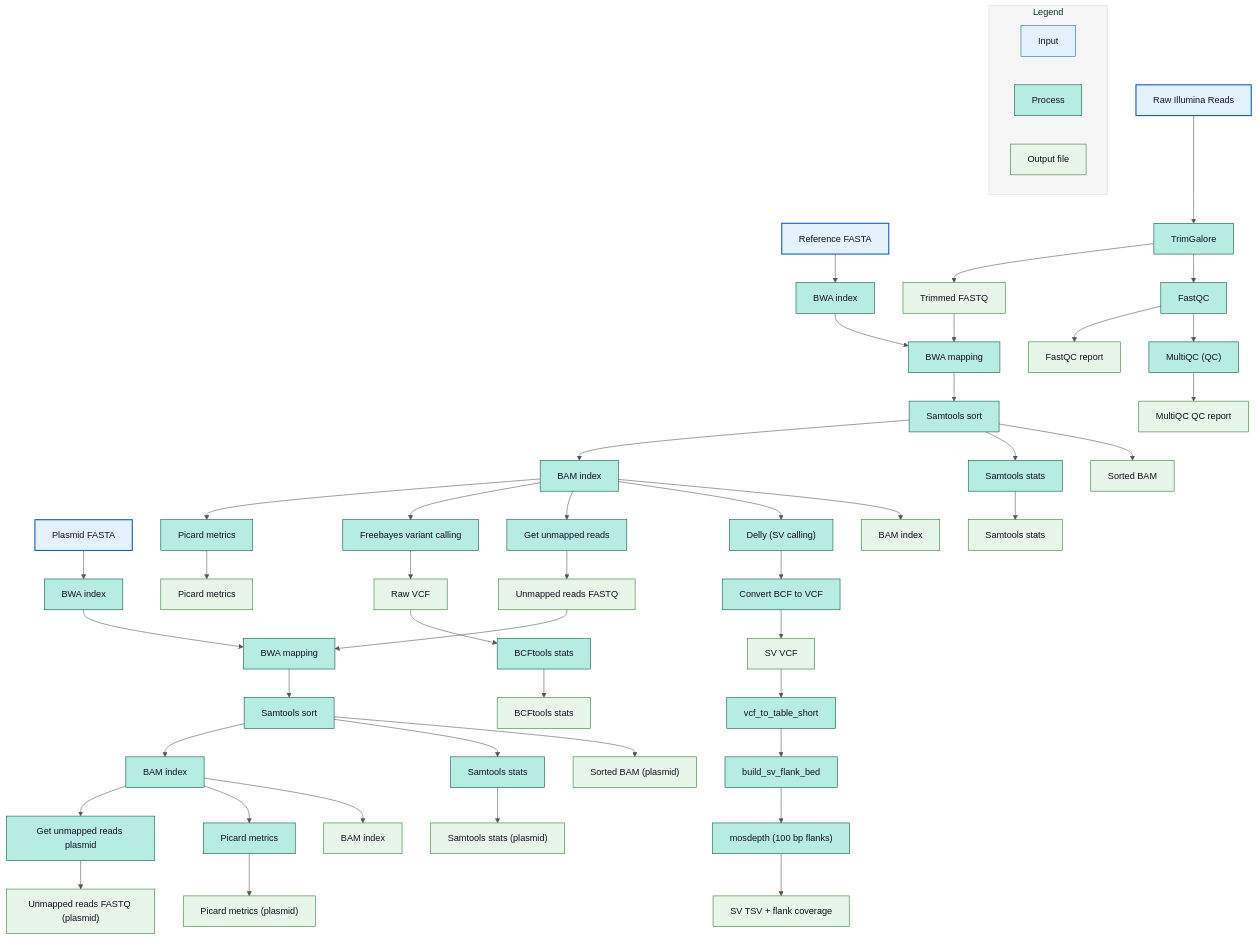
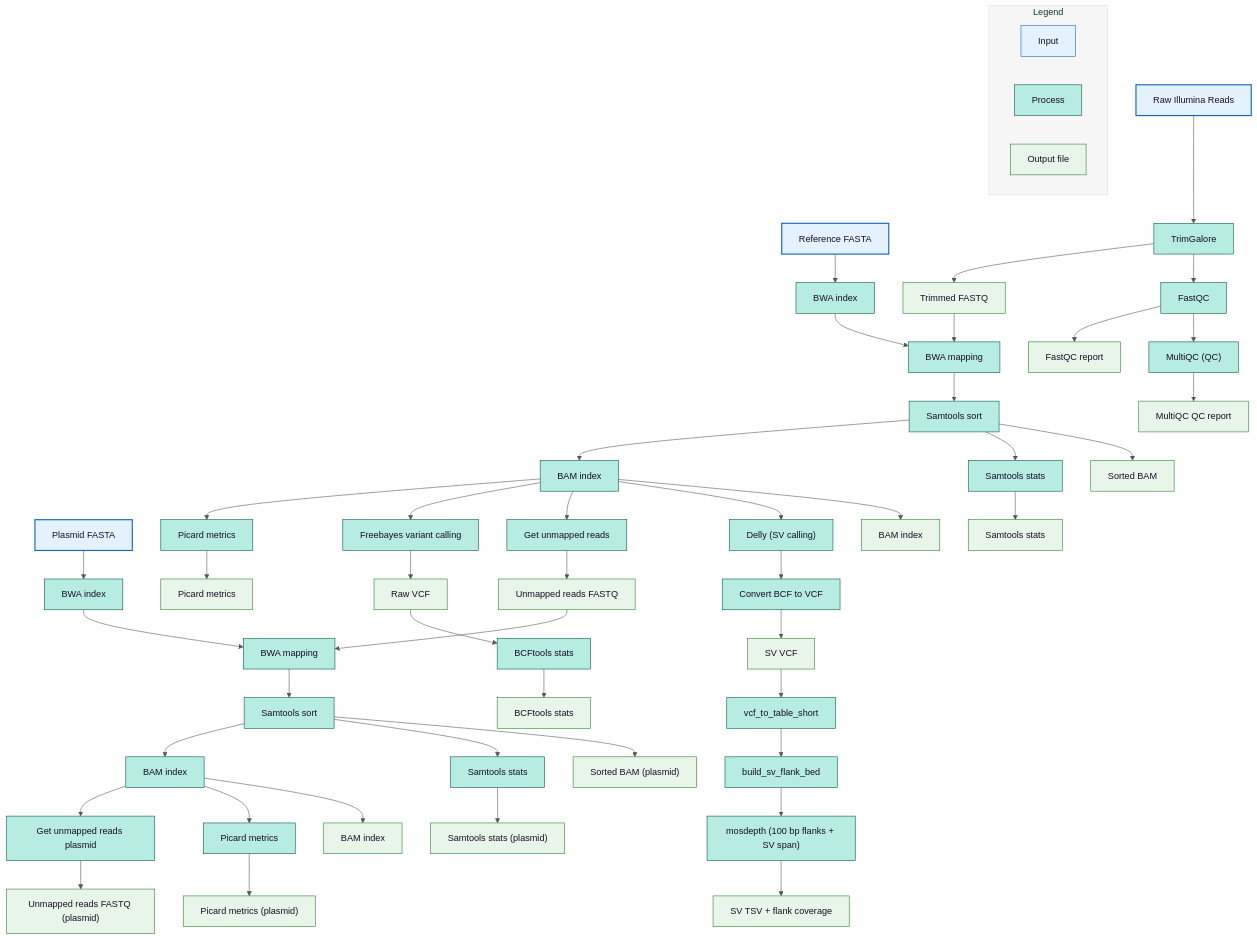
The diagram in docs/outputs/illumina.md (denisHanch/efsa_pipeline), drawn with Mermaid before and after one commit. The commit also changed other lines of this file and 82 other files, not shown here.

```diff
--- a/docs/outputs/illumina.md
+++ b/docs/outputs/illumina.md
@@ -66,7 +66,7 @@
 BCF2VCF["Convert BCF to VCF"]
 VCF2TABLE_SHORT["vcf_to_table_short"]
 BUILD_BED_SHORT["build_sv_flank_bed"]
-MOSDEPTH_SHORT["mosdepth (100 bp flanks)"]
+MOSDEPTH_SHORT["mosdepth (100 bp flanks + SV span)"]
 SV_TSV_SHORT["SV TSV + flank coverage"]:::output
 BAM_IDX --> DELLY --> BCF2VCF --> SV_VCF["SV VCF"]:::output
 SV_VCF --> VCF2TABLE_SHORT --> BUILD_BED_SHORT --> MOSDEPTH_SHORT --> SV_TSV_SHORT
```
